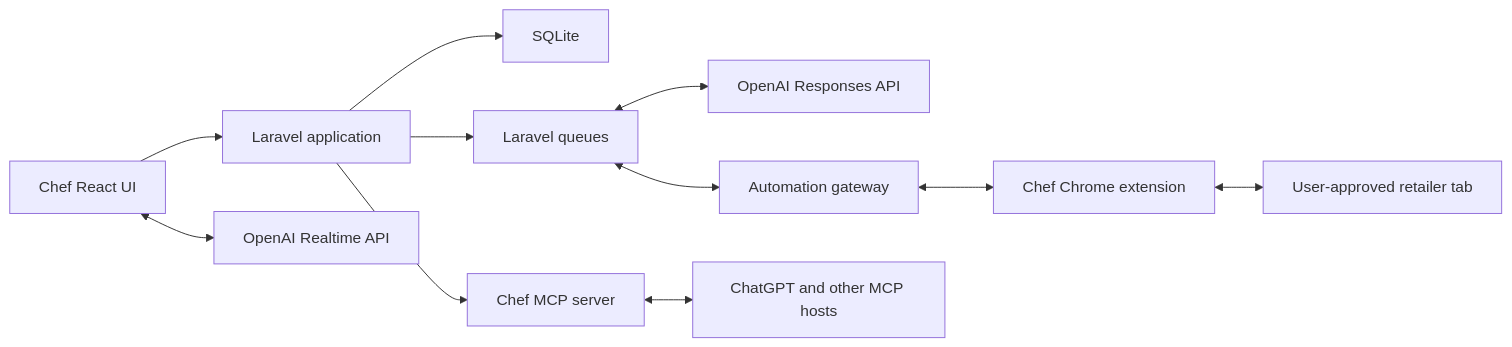
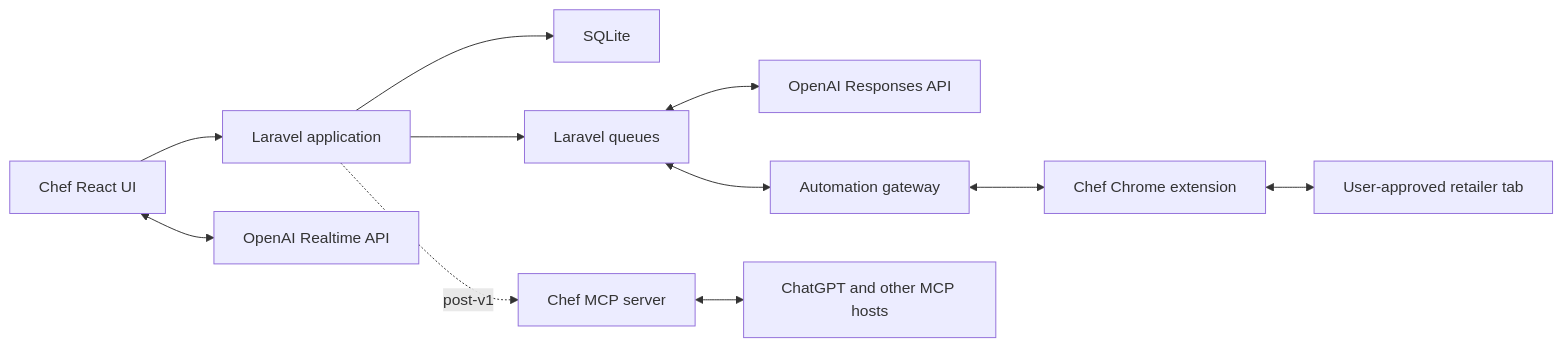
One commit to DanielFerguson/chef changed the diagram in README.md. Above: the diagram before and after it, drawn with Mermaid. The commit also changed other lines of this file and 3 other files, not shown here.

````diff
--- a/README.md
+++ b/README.md
@@ -406,13 +407,13 @@
 ```mermaid
 flowchart LR
     UI["Chef React UI"] --> APP["Laravel application"]
     UI <--> VOICE["OpenAI Realtime API"]
     APP --> DB["SQLite"]
     APP --> QUEUE["Laravel queues"]
     QUEUE <--> RESPONSES["OpenAI Responses API"]
     QUEUE <--> GATEWAY["Automation gateway"]
     GATEWAY <--> EXTENSION["Chef Chrome extension"]
     EXTENSION <--> TAB["User-approved retailer tab"]
-    APP --> MCP["Chef MCP server"]
+    APP -. post-v1 .-> MCP["Chef MCP server"]
     MCP <--> HOSTS["ChatGPT and other MCP hosts"]
 ```
````
